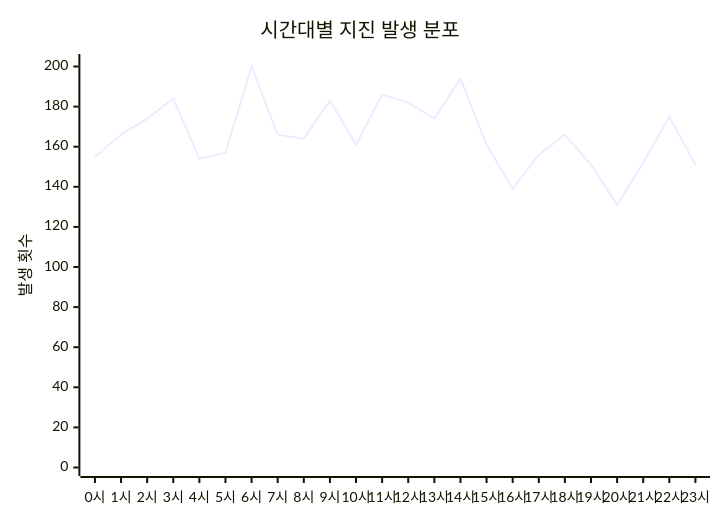
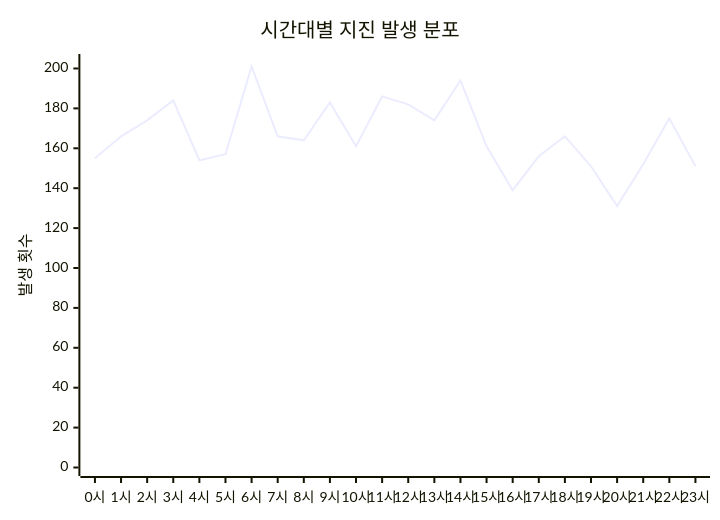
The diagram in charts/time-chart.md (serendip811/japan-eq), drawn with Mermaid before and after one commit. The commit also changed other lines of this file and 5 other files, not shown here.

Commit message:
Update earthquake data and charts Wed Apr  8 06:34:22 UTC 2026

````diff
--- a/charts/time-chart.md
+++ b/charts/time-chart.md
@@ -3,7 +3,7 @@
 ```mermaid
 xychart-beta
     title "시간대별 지진 발생 분포"
     x-axis ["0시", "1시", "2시", "3시", "4시", "5시", "6시", "7시", "8시", "9시", "10시", "11시", "12시", "13시", "14시", "15시", "16시", "17시", "18시", "19시", "20시", "21시", "22시", "23시"]
-    y-axis "발생 횟수" 0 --> 202
-    line [155, 166, 174, 184, 154, 157, 200, 166, 164, 183, 161, 186, 182, 174, 194, 161, 139, 156, 166, 151, 131, 152, 175, 151]
+    y-axis "발생 횟수" 0 --> 203
+    line [155, 166, 174, 184, 154, 157, 201, 166, 164, 183, 161, 186, 182, 174, 194, 161, 139, 156, 166, 151, 131, 152, 175, 151]
 ```
````
